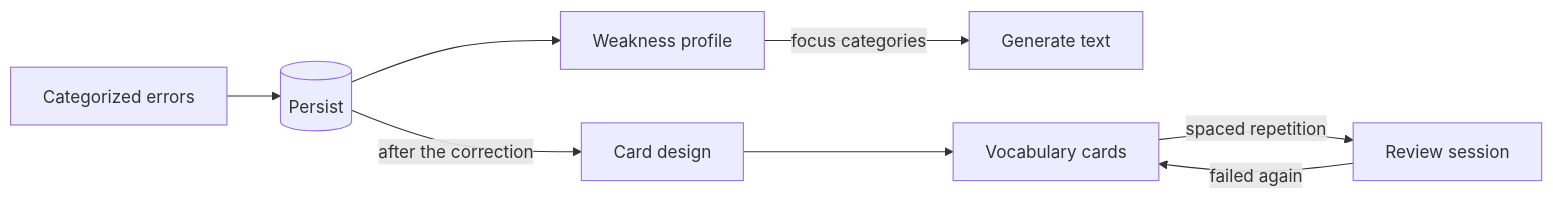
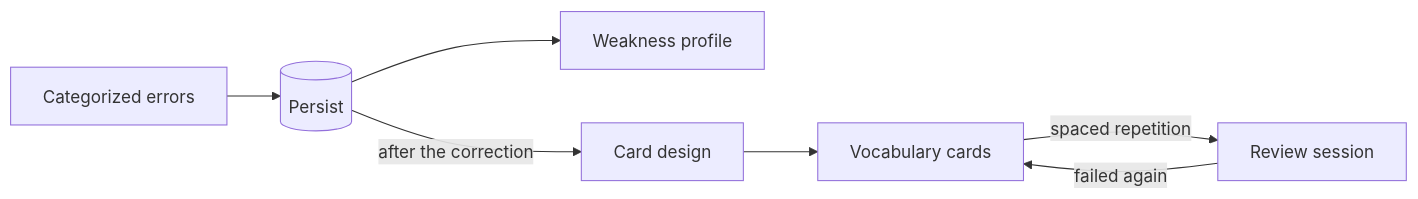
The second of 2 diagrams in README.md (AndreBoniatti/write-right), drawn with Mermaid before and after one commit. The commit also changed other lines of this file and 16 other files, not shown here.

````diff
--- a/README.md
+++ b/README.md
@@ -87,7 +91,7 @@
 ```mermaid
 flowchart LR
     E[Categorized errors] --> P[(Persist)]
-    P --> W[Weakness profile] -->|focus categories| G[Generate text]
+    P --> W[Weakness profile]
     P -->|after the correction| C[Card design] --> D[Vocabulary cards] -->|spaced repetition| R[Review session]
     R -->|failed again| D
 ```
````
